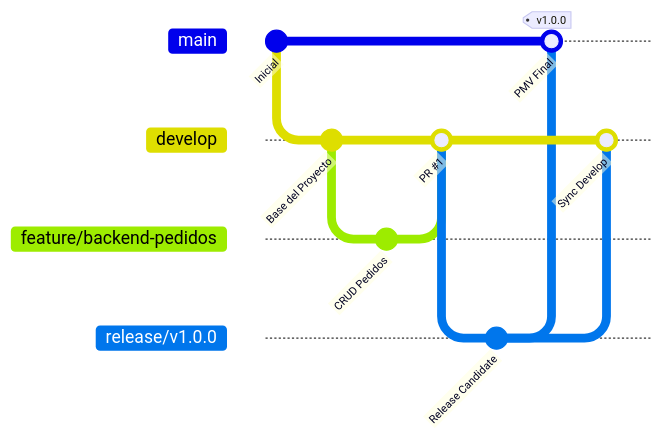
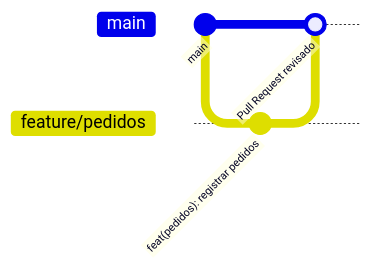
The second of 2 diagrams in README.md (alexito-dev/EcoLogistica), drawn with Mermaid before and after one commit. The commit also changed other lines of this file and 10 other files, not shown here.

````diff
--- a/README.md
+++ b/README.md
@@ -195,19 +177,9 @@
 ```mermaid
 gitGraph
-    commit id: "Inicial"
-    branch develop
-    checkout develop
-    commit id: "Base del Proyecto"
-    branch feature/backend-pedidos
-    checkout feature/backend-pedidos
-    commit id: "CRUD Pedidos"
-    checkout develop
-    merge feature/backend-pedidos id: "PR #1"
-    branch release/v1.0.0
-    checkout release/v1.0.0
-    commit id: "Release Candidate"
+    commit id: "main"
+    branch feature/pedidos
+    checkout feature/pedidos
+    commit id: "feat(pedidos): registrar pedidos"
     checkout main
-    merge release/v1.0.0 id: "PMV Final" tag: "v1.0.0"
-    checkout develop
-    merge release/v1.0.0 id: "Sync Develop"
+    merge feature/pedidos id: "Pull Request revisado"
 ```
````
